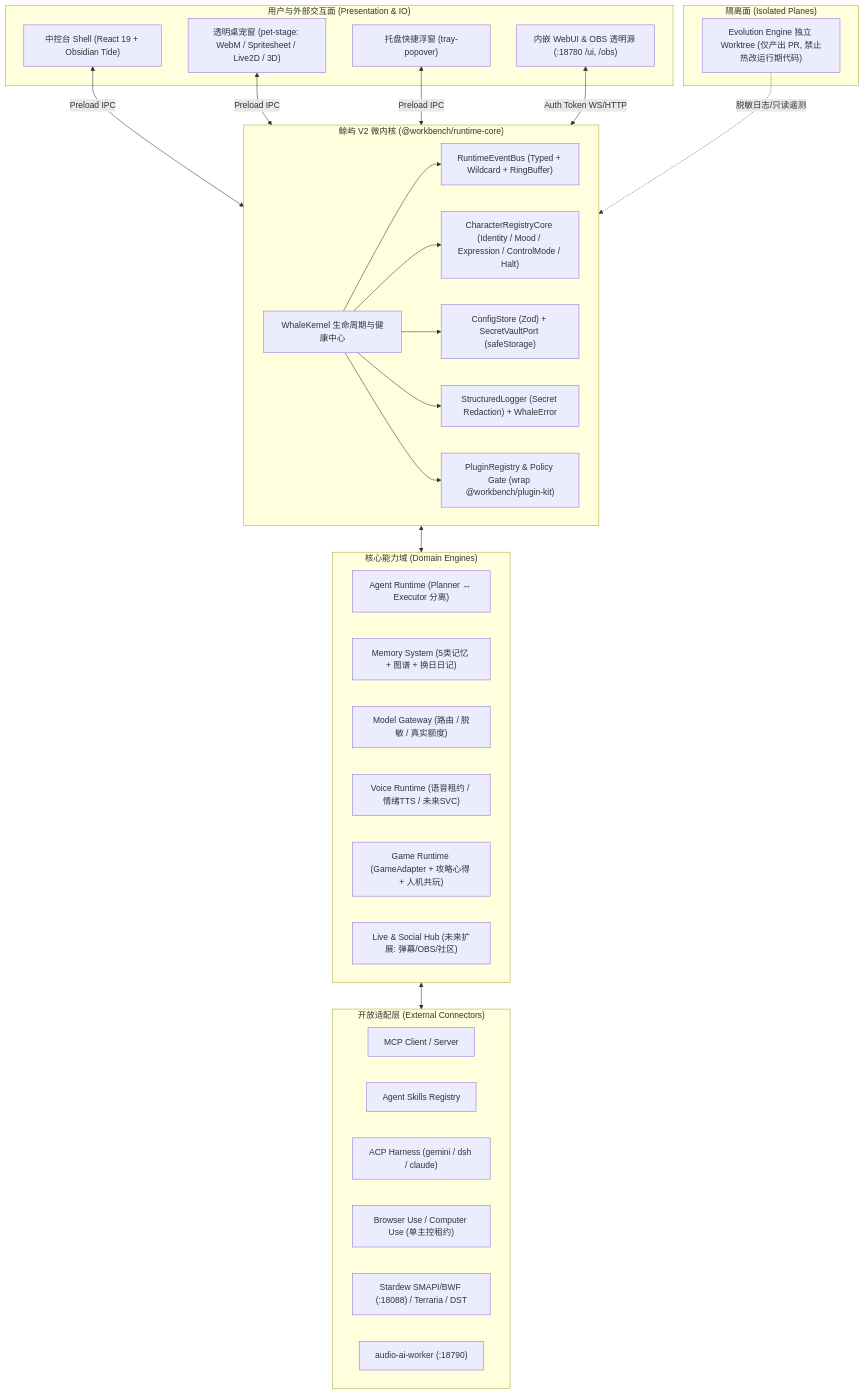
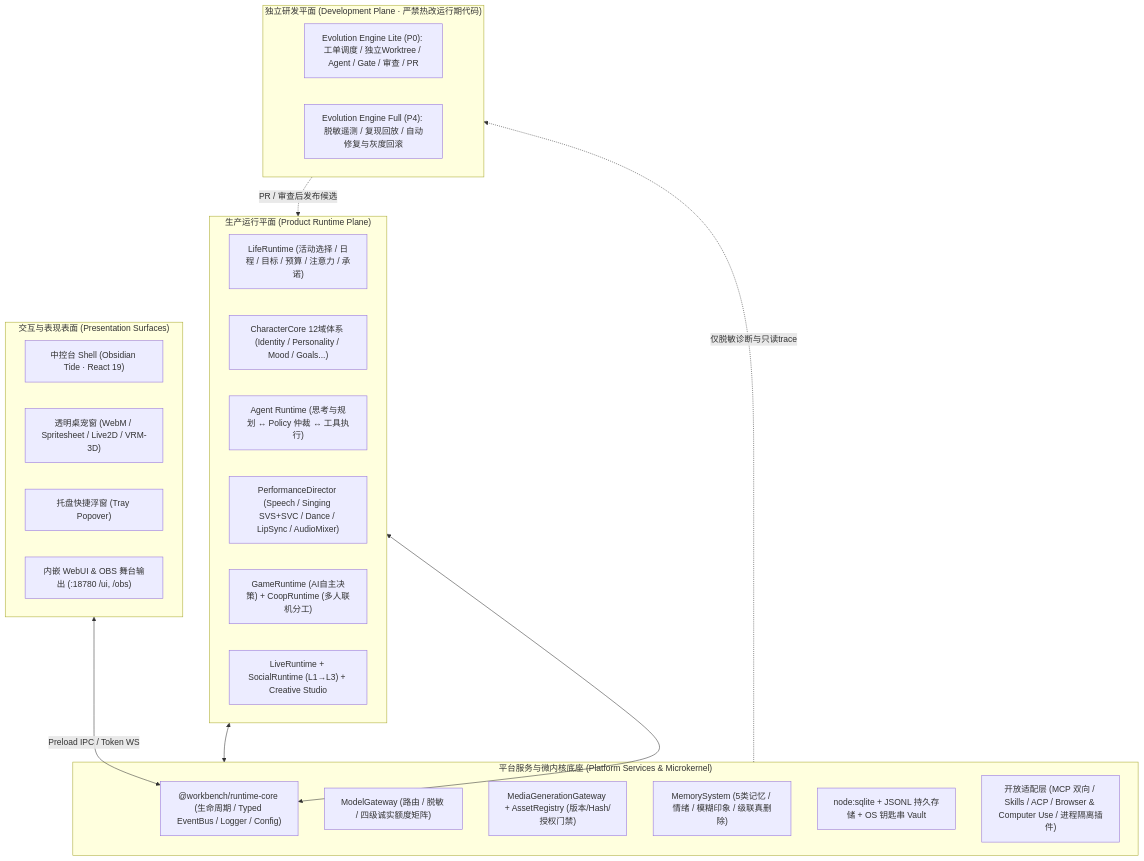
The first of 4 diagrams in docs/v2/ARCHITECTURE.md (jiaiqi/whale-isle), drawn with Mermaid before and after one commit. The commit also changed other lines of this file and 5 other files, not shown here.

Commit message:
docs(v2): 完成 V2 需求追踪矩阵、架构修订、ADR-002、P0-P5 路线图与开发宪章同步 (V2-P0-04)

````diff
--- a/docs/v2/ARCHITECTURE.md
+++ b/docs/v2/ARCHITECTURE.md
@@ -10,55 +11,38 @@
 ```mermaid
 flowchart TB
-  subgraph Surfaces["用户与外部交互面 (Presentation & IO)"]
-    Director["中控台 Shell (React 19 + Obsidian Tide)"]
-    PetStage["透明桌宠窗 (pet-stage: WebM / Spritesheet / Live2D / 3D)"]
-    Tray["托盘快捷浮窗 (tray-popover)"]
-    WebUI["内嵌 WebUI & OBS 透明源 (:18780 /ui, /obs)"]
+  subgraph Surfaces["交互与表现表面 (Presentation Surfaces)"]
+    Director["中控台 Shell (Obsidian Tide · React 19)"]
+    PetStage["透明桌宠窗 (WebM / Spritesheet / Live2D / VRM-3D)"]
+    Tray["托盘快捷浮窗 (Tray Popover)"]
+    WebObs["内嵌 WebUI & OBS 舞台输出 (:18780 /ui, /obs)"]
   end
 
-  subgraph Kernel["鲸屿 V2 微内核 (@workbench/runtime-core)"]
-    WhaleKernel["WhaleKernel 生命周期与健康中心"]
-    EventBus["RuntimeEventBus (Typed + Wildcard + RingBuffer)"]
-    CharCore["CharacterRegistryCore (Identity / Mood / Expression / ControlMode / Halt)"]
-    ConfigVault["ConfigStore (Zod) + SecretVaultPort (safeStorage)"]
-    Logger["StructuredLogger (Secret Redaction) + WhaleError"]
-    PluginMgr["PluginRegistry & Policy Gate (wrap @workbench/plugin-kit)"]
+  subgraph RuntimePlane["生产运行平面 (Product Runtime Plane)"]
+    LifeRT["LifeRuntime (活动选择 / 日程 / 目标 / 预算 / 注意力 / 承诺)"]
+    CharCore["CharacterCore 12域体系 (Identity / Personality / Mood / Goals...)"]
+    AgentRT["Agent Runtime (思考与规划 ↔ Policy 仲裁 ↔ 工具执行)"]
+    PerfDir["PerformanceDirector (Speech / Singing SVS+SVC / Dance / LipSync / AudioMixer)"]
+    GameCoop["GameRuntime (AI自主决策) + CoopRuntime (多人联机分工)"]
+    DigitalLife["LiveRuntime + SocialRuntime (L1→L3) + Creative Studio"]
   end
 
-  subgraph Domain["核心能力域 (Domain Engines)"]
-    AgentRT["Agent Runtime (Planner ↔ Executor 分离)"]
-    MemorySys["Memory System (5类记忆 + 图谱 + 换日日记)"]
-    ModelGW["Model Gateway (路由 / 脱敏 / 真实额度)"]
-    VoiceRT["Voice Runtime (语音租约 / 情绪TTS / 未来SVC)"]
-    GameRT["Game Runtime (GameAdapter + 攻略心得 + 人机共玩)"]
-    LiveSocial["Live & Social Hub (未来扩展: 弹幕/OBS/社区)"]
+  subgraph PlatformPlane["平台服务与微内核底座 (Platform Services & Microkernel)"]
+    Kernel["@workbench/runtime-core (生命周期 / Typed EventBus / Logger / Config)"]
+    ModelGW["ModelGateway (路由 / 脱敏 / 四级诚实额度矩阵)"]
+    MediaGW["MediaGenerationGateway + AssetRegistry (版本/Hash/授权门禁)"]
+    MemorySys["MemorySystem (5类记忆 / 情绪 / 模糊印象 / 级联真删除)"]
+    Storage["node:sqlite + JSONL 持久存储 + OS 钥匙串 Vault"]
+    ExtAdapters["开放适配层 (MCP 双向 / Skills / ACP / Browser & Computer Use / 进程隔离插件)"]
   end
 
-  subgraph Adapters["开放适配层 (External Connectors)"]
-    MCP["MCP Client / Server"]
-    Skills["Agent Skills Registry"]
-    ACP["ACP Harness (gemini / dsh / claude)"]
-    Automation["Browser Use / Computer Use (单主控租约)"]
-    GameBridge["Stardew SMAPI/BWF (:18088) / Terraria / DST"]
-    AudioSidecar["audio-ai-worker (:18790)"]
+  subgraph DevPlane["独立研发平面 (Development Plane · 严禁热改运行期代码)"]
+    EvoLite["Evolution Engine Lite (P0): 工单调度 / 独立Worktree / Agent / Gate / 审查 / PR"]
+    EvoFull["Evolution Engine Full (P4): 脱敏遥测 / 复现回放 / 自动修复与灰度回滚"]
   end
 
-  subgraph Isolation["隔离面 (Isolated Planes)"]
-    DevPlane["Evolution Engine 独立 Worktree (仅产出 PR, 禁止热改运行期代码)"]
-  end
-
-  Director <-->|Preload IPC| Kernel
-  PetStage <-->|Preload IPC| Kernel
-  Tray <-->|Preload IPC| Kernel
-  WebUI <-->|Auth Token WS/HTTP| Kernel
-
-  WhaleKernel --> EventBus
-  WhaleKernel --> CharCore
-  WhaleKernel --> ConfigVault
-  WhaleKernel --> Logger
-  WhaleKernel --> PluginMgr
-
-  Kernel <--> Domain
-  Domain <--> Adapters
-  DevPlane -.->|脱敏日志/只读遥测| Kernel
+  Surfaces <-->|Preload IPC / Token WS| Kernel
+  Kernel <--> RuntimePlane
+  RuntimePlane <--> PlatformPlane
+  PlatformPlane -.->|仅脱敏诊断与只读trace| DevPlane
+  DevPlane -.->|PR / 审查后发布候选| RuntimePlane
 ```
````
